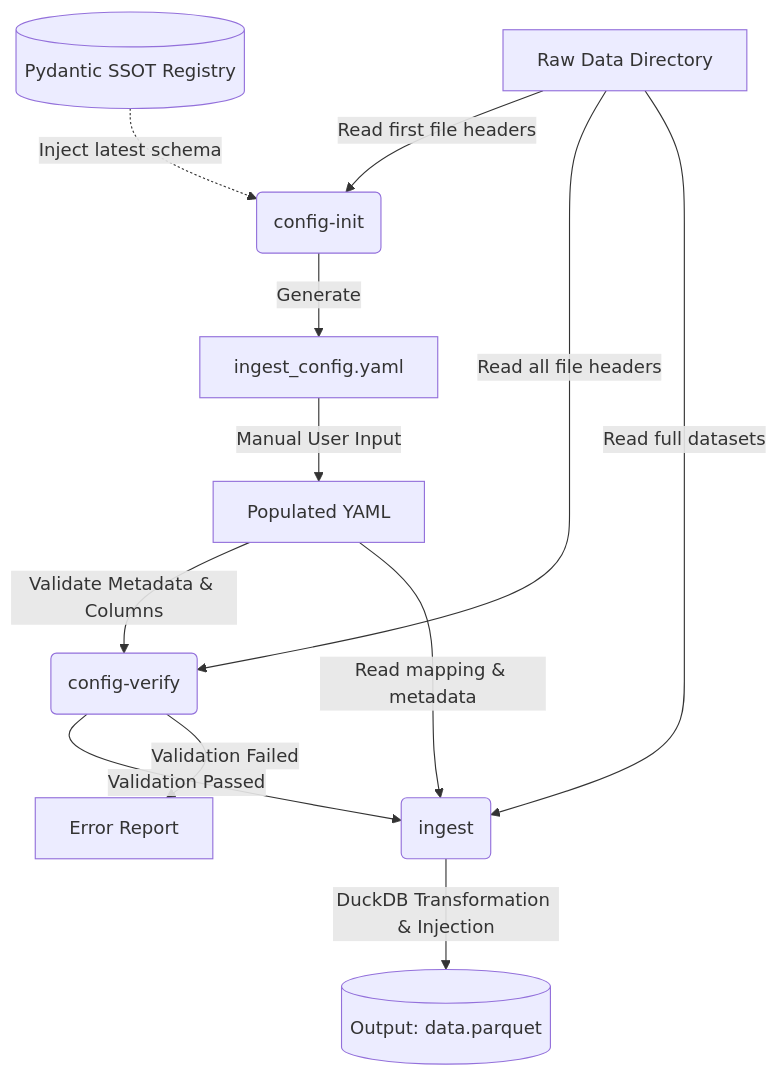
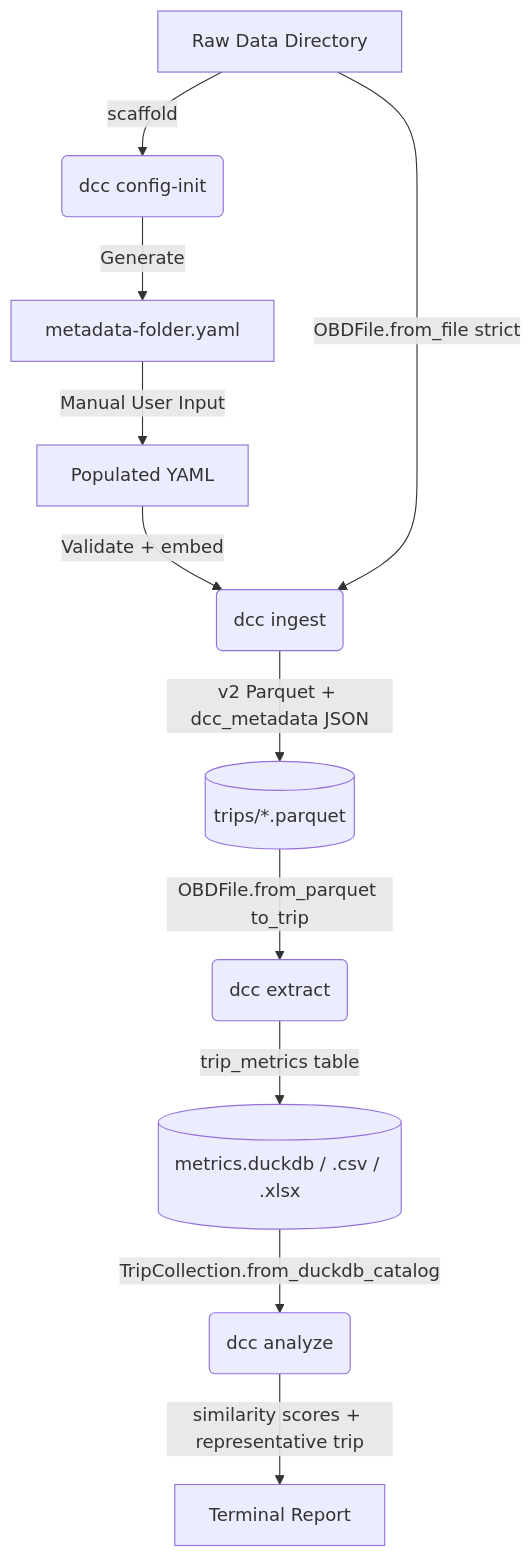
Before and after one commit to npapnet/eco_drive_cycles: the diagram in brainstorming/cli-subcommands.md, drawn with Mermaid. The commit also changed other lines of this file and 4 other files, not shown here.

````diff
--- a/brainstorming/cli-subcommands.md
+++ b/brainstorming/cli-subcommands.md
@@ -57,19 +69,18 @@
 ```mermaid
 graph TD
-    A[Raw Data Directory] -->|Read first file headers| B(config-init)
-    S[(Pydantic SSOT Registry)] -.->|Inject latest schema| B
-    B -->|Generate| C[ingest_config.yaml]
-    
+    A[Raw Data Directory] -->|scaffold| B(dcc config-init)
+    B -->|Generate| C[metadata-folder.yaml]
+
     C -->|Manual User Input| D[Populated YAML]
-    
-    D -->|Validate Metadata & Columns| E(config-verify)
-    A -->|Read all file headers| E
-    
-    E -->|Validation Passed| F(ingest)
-    E -->|Validation Failed| G[Error Report]
-    
-    D -->|Read mapping & metadata| F
-    A -->|Read full datasets| F
-    
-    F -->|DuckDB Transformation & Injection| H[(Output: data.parquet)]
+
+    D -->|Validate + embed| F(dcc ingest)
+    A -->|OBDFile.from_file strict| F
+
+    F -->|v2 Parquet + dcc_metadata JSON| H[(trips/*.parquet)]
+
+    H -->|OBDFile.from_parquet to_trip| G(dcc extract)
+    G -->|trip_metrics table| I[(metrics.duckdb / .csv / .xlsx)]
+
+    I -->|TripCollection.from_duckdb_catalog| J(dcc analyze)
+    J -->|similarity scores + representative trip| K[Terminal Report]
 ```
````
